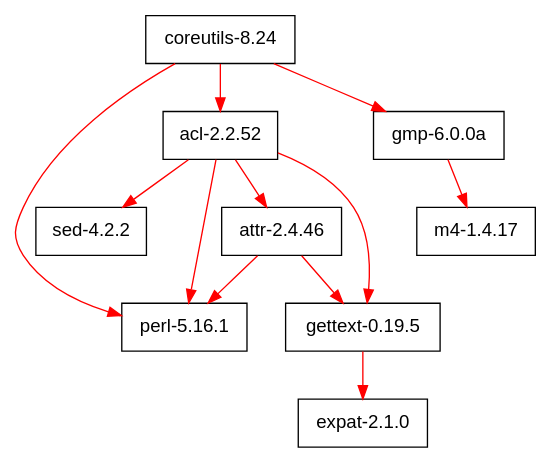
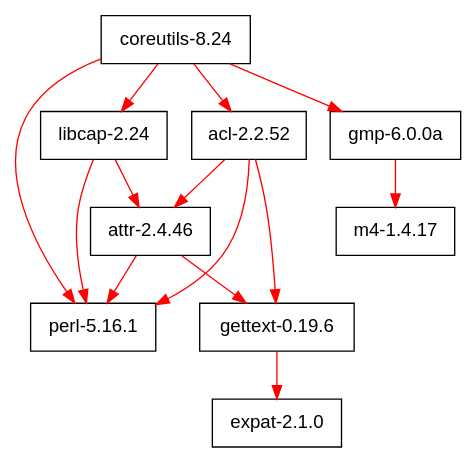
The diagram in doc/images/coreutils-graph.dot (guix-mirror/guix), drawn with Graphviz before and after one commit. The commit also changed 1 other file, not shown here.

Commit message:
doc: Regenerate 'guix graph' examples.
* doc/images/coreutils-bag-graph.dot, doc/images/coreutils-graph.dot:
  Regenerate from current packages.  This removes the weird dependency
  on 'sed'.

```diff
--- a/doc/images/coreutils-graph.dot
+++ b/doc/images/coreutils-graph.dot
@@ -1,23 +1,25 @@
 digraph "Guix package" {
-  "50639808" [label = "coreutils-8.24", shape = box, fontname = Helvetica];
-  "50639808" -> "31984640" [color = red];
-  "50639808" -> "50641344" [color = red];
-  "50639808" -> "38428672" [color = red];
-  "31984640" [label = "perl-5.16.1", shape = box, fontname = Helvetica];
-  "50641344" [label = "acl-2.2.52", shape = box, fontname = Helvetica];
-  "50641344" -> "50641728" [color = red];
-  "50641344" -> "31984640" [color = red];
-  "50641344" -> "50640768" [color = red];
-  "50641344" -> "50641536" [color = red];
-  "50641728" [label = "gettext-0.19.5", shape = box, fontname = Helvetica];
-  "50641728" -> "50530368" [color = red];
-  "50530368" [label = "expat-2.1.0", shape = box, fontname = Helvetica];
-  "50640768" [label = "sed-4.2.2", shape = box, fontname = Helvetica];
-  "50641536" [label = "attr-2.4.46", shape = box, fontname = Helvetica];
-  "50641536" -> "50641728" [color = red];
-  "50641536" -> "31984640" [color = red];
-  "38428672" [label = "gmp-6.0.0a", shape = box, fontname = Helvetica];
-  "38428672" -> "38431168" [color = red];
-  "38431168" [label = "m4-1.4.17", shape = box, fontname = Helvetica];
+  "70481600" [label = "coreutils-8.24", shape = box, fontname = Helvetica];
+  "70481600" -> "50717824" [color = red];
+  "70481600" -> "57499200" [color = red];
+  "70481600" -> "57496320" [color = red];
+  "70481600" -> "69877504" [color = red];
+  "50717824" [label = "perl-5.16.1", shape = box, fontname = Helvetica];
+  "57499200" [label = "acl-2.2.52", shape = box, fontname = Helvetica];
+  "57499200" -> "70563904" [color = red];
+  "57499200" -> "50717824" [color = red];
+  "57499200" -> "70563520" [color = red];
+  "70563904" [label = "gettext-0.19.6", shape = box, fontname = Helvetica];
+  "70563904" -> "69316352" [color = red];
+  "69316352" [label = "expat-2.1.0", shape = box, fontname = Helvetica];
+  "70563520" [label = "attr-2.4.46", shape = box, fontname = Helvetica];
+  "70563520" -> "70563904" [color = red];
+  "70563520" -> "50717824" [color = red];
+  "57496320" [label = "gmp-6.0.0a", shape = box, fontname = Helvetica];
+  "57496320" -> "57498432" [color = red];
+  "57498432" [label = "m4-1.4.17", shape = box, fontname = Helvetica];
+  "69877504" [label = "libcap-2.24", shape = box, fontname = Helvetica];
+  "69877504" -> "50717824" [color = red];
+  "69877504" -> "70563520" [color = red];
 
 }
```
